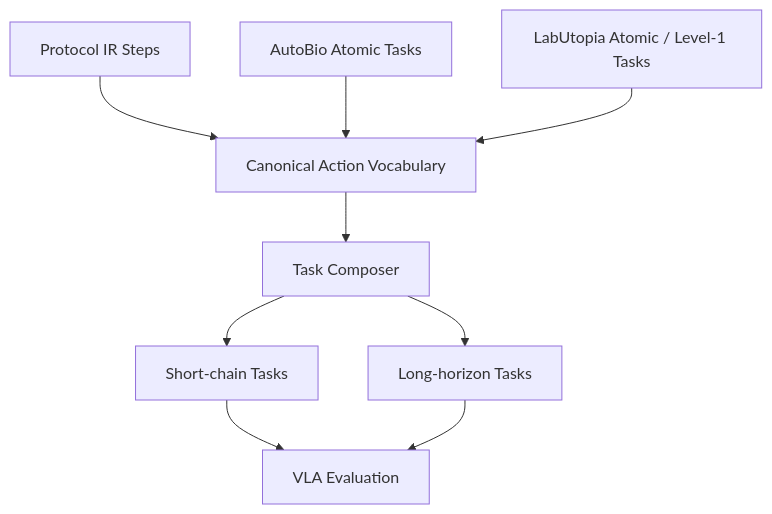
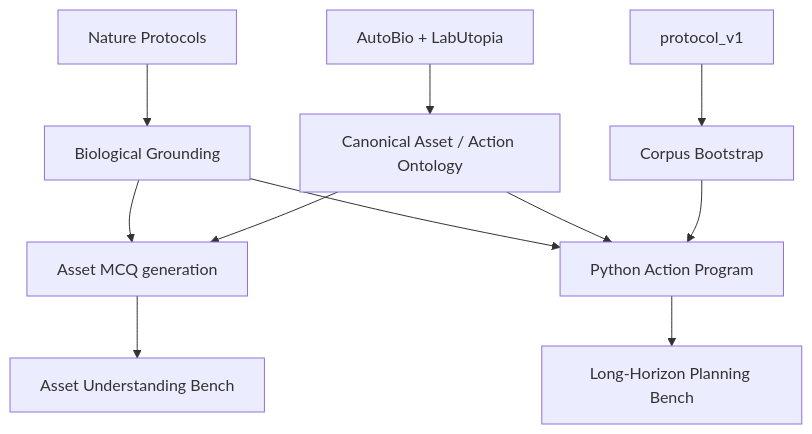
The second of 2 diagrams in README.md (black-yt/LabOS), drawn with Mermaid before and after one commit. The commit also changed other lines of this file, not shown here.

Commit message:
Revise benchmark design and planning eval

````diff
--- a/README.md
+++ b/README.md
@@ -351,11 +496,13 @@
 ```mermaid
 flowchart TD
-    A[Protocol IR Steps] --> B[Canonical Action Vocabulary]
-    C[AutoBio Atomic Tasks] --> B
-    D[LabUtopia Atomic / Level-1 Tasks] --> B
-    B --> E[Task Composer]
-    E --> F[Short-chain Tasks]
-    E --> G[Long-horizon Tasks]
-    F --> H[VLA Evaluation]
-    G --> H
+    A[Nature Protocols] --> B[Biological Grounding]
+    C[AutoBio + LabUtopia] --> D[Canonical Asset / Action Ontology]
+    E[protocol_v1] --> F[Corpus Bootstrap]
+    B --> G[Asset MCQ generation]
+    D --> G
+    B --> H[Python Action Program]
+    D --> H
+    F --> H
+    G --> I[Asset Understanding Bench]
+    H --> J[Long-Horizon Planning Bench]
 ```
````
